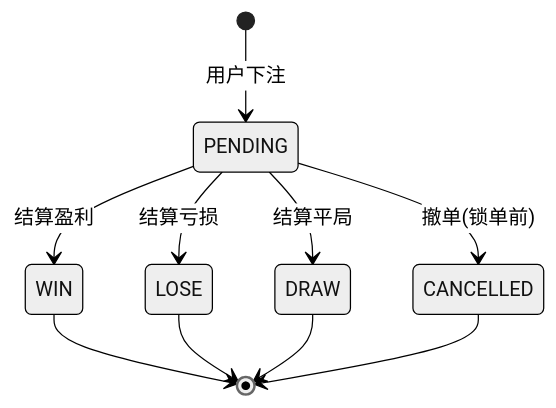
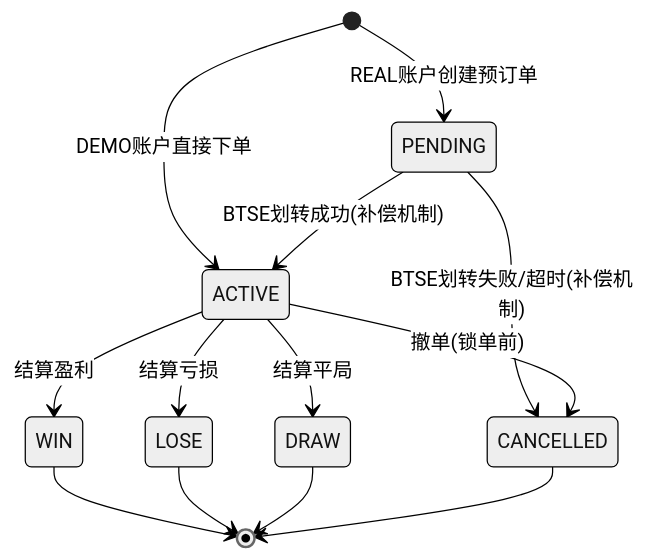
The fourth of 8 diagrams in 2. 设计类/207_05_业务流程设计.md (barry428/BinaryOptionDocs), drawn with Mermaid (neutral theme) before and after one commit. The commit also changed other lines of this file and 5 other files, not shown here.

````diff
--- a/2. 设计类/207_05_业务流程设计.md
+++ b/2. 设计类/207_05_业务流程设计.md
@@ -314,12 +436,15 @@
 ```mermaid
 stateDiagram-v2
-    [*] --> PENDING : 用户下注
-    PENDING --> CANCELLED : 撤单(锁单前)
-    PENDING --> WIN : 结算盈利
-    PENDING --> LOSE : 结算亏损  
-    PENDING --> DRAW : 结算平局
+    [*] --> PENDING : REAL账户创建预订单
+    [*] --> ACTIVE : DEMO账户直接下单
+    PENDING --> ACTIVE : BTSE划转成功(补偿机制)
+    PENDING --> CANCELLED : BTSE划转失败/超时(补偿机制)
+    ACTIVE --> CANCELLED : 撤单(锁单前)
+    ACTIVE --> WIN : 结算盈利
+    ACTIVE --> LOSE : 结算亏损  
+    ACTIVE --> DRAW : 结算平局
     WIN --> [*]
     LOSE --> [*]
     DRAW --> [*]
     CANCELLED --> [*]
 ```
````
